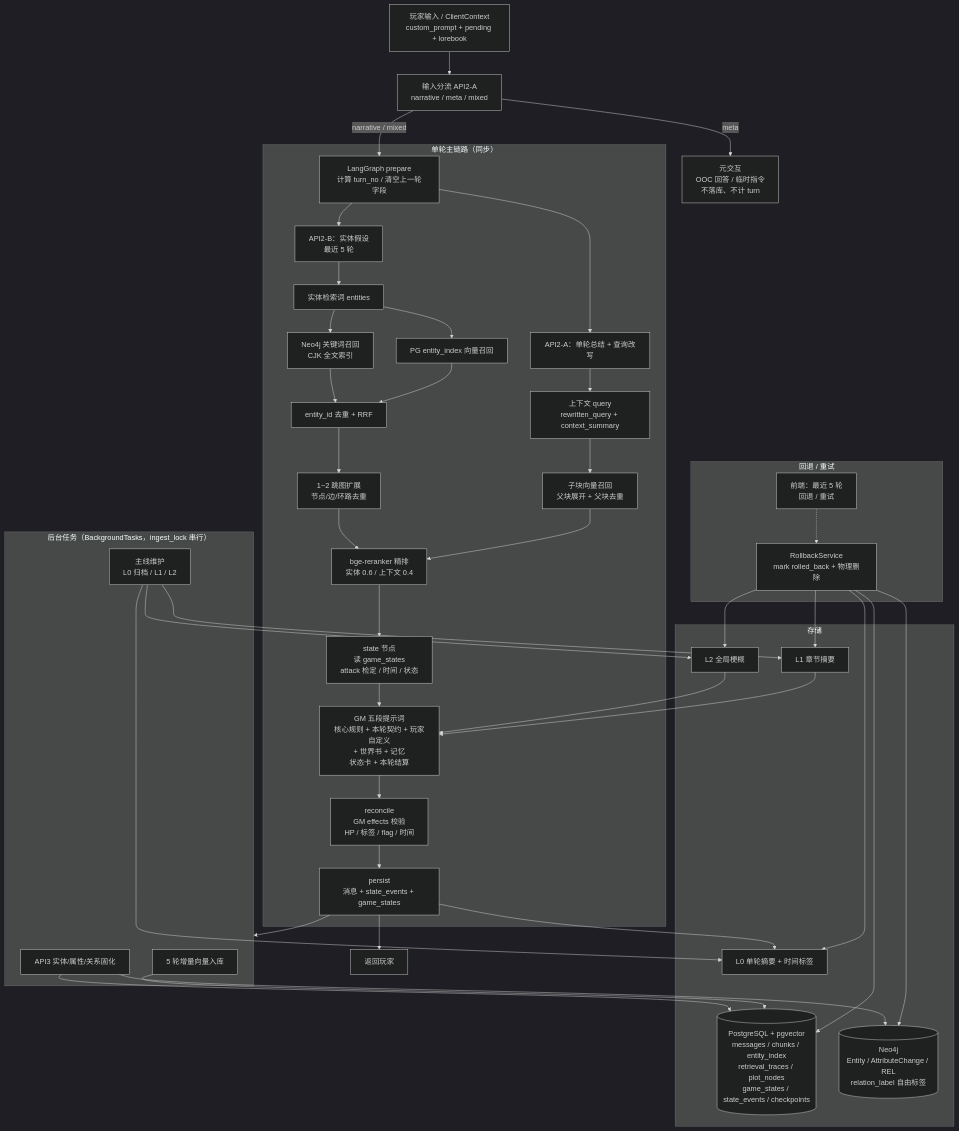
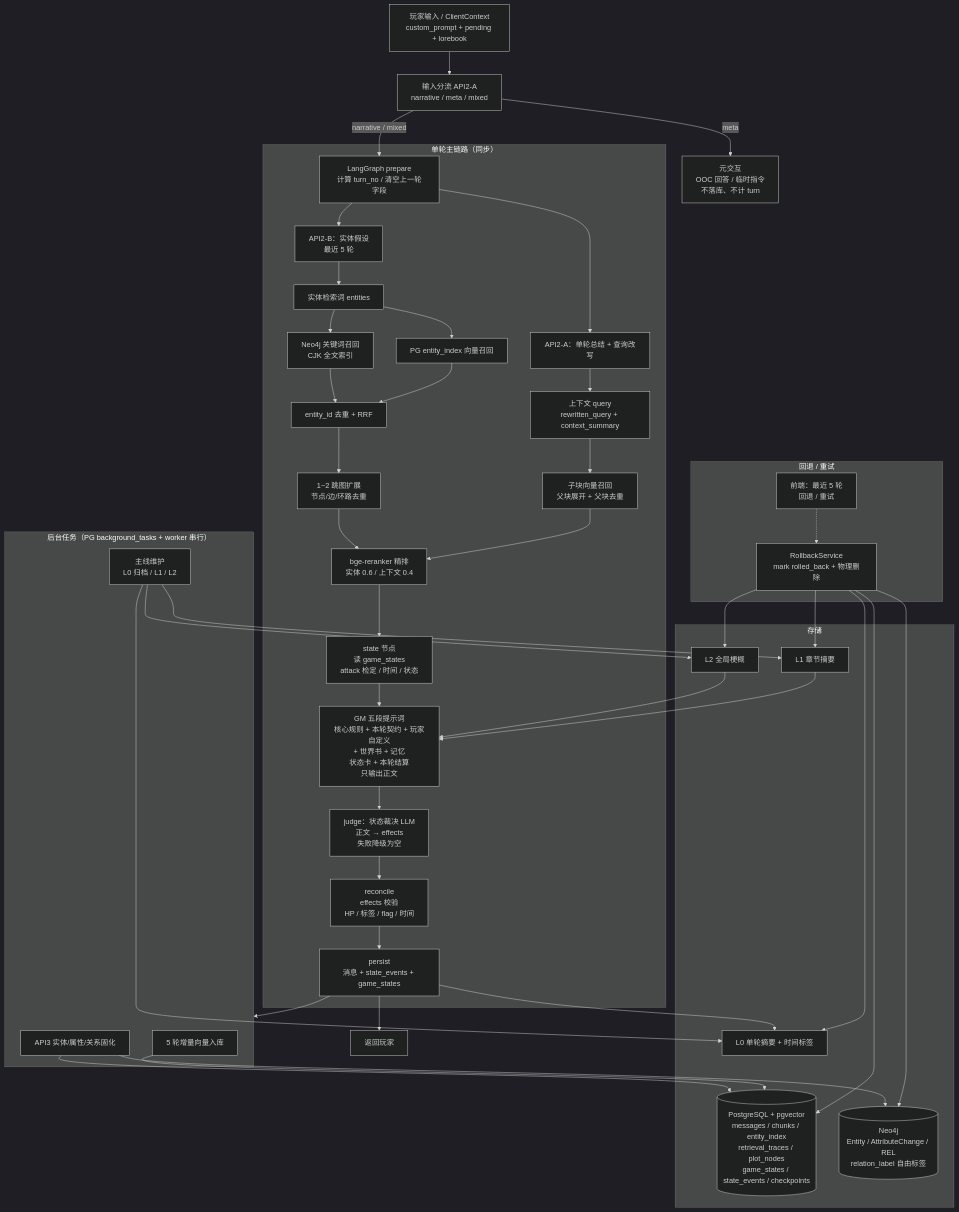
One commit to hjiaju336-sys/mem_ol changed the first of 3 diagrams in docs/business_logic_flow.md. Above: the diagram before and after it, drawn with Mermaid (dark theme). The commit also changed other lines of this file and 43 other files, not shown here.

Commit message:
Add state judge, entity-bound actors, durable background queue, cross-world tests

````diff
--- a/docs/business_logic_flow.md
+++ b/docs/business_logic_flow.md
@@ -12,65 +12,66 @@
 ```mermaid
 flowchart TD
     U["玩家输入 / ClientContext<br/>custom_prompt + pending + lorebook"] --> CLASSIFY["输入分流 API2-A<br/>narrative / meta / mixed"]
 
     CLASSIFY -- meta --> META["元交互<br/>OOC 回答 / 临时指令<br/>不落库、不计 turn"]
     CLASSIFY -- narrative / mixed --> PREP["LangGraph prepare<br/>计算 turn_no / 清空上一轮字段"]
 
     subgraph TURN["单轮主链路（同步）"]
         PREP --> A2A["API2-A：单轮总结 + 查询改写"]
         PREP --> A2B["API2-B：实体假设<br/>最近 5 轮"]
         A2A --> CTXQ["上下文 query<br/>rewritten_query + context_summary"]
         A2B --> ENTQ["实体检索词 entities"]
         ENTQ --> EK["Neo4j 关键词召回<br/>CJK 全文索引"]
         ENTQ --> EV["PG entity_index 向量召回"]
         EK --> FUSE["entity_id 去重 + RRF"]
         EV --> FUSE
         FUSE --> EXP["1~2 跳图扩展<br/>节点/边/环路去重"]
         CTXQ --> CR["子块向量召回<br/>父块展开 + 父块去重"]
         EXP --> RR["bge-reranker 精排<br/>实体 0.6 / 上下文 0.4"]
         CR --> RR
         RR --> STATE["state 节点<br/>读 game_states<br/>attack 检定 / 时间 / 状态"]
-        STATE --> GM["GM 五段提示词<br/>核心规则 + 本轮契约 + 玩家自定义<br/>+ 世界书 + 记忆<br/>状态卡 + 本轮结算"]
-        GM --> RECON["reconcile<br/>GM effects 校验<br/>HP / 标签 / flag / 时间"]
+        STATE --> GM["GM 五段提示词<br/>核心规则 + 本轮契约 + 玩家自定义<br/>+ 世界书 + 记忆<br/>状态卡 + 本轮结算<br/>只输出正文"]
+        GM --> JUDGE["judge：状态裁决 LLM<br/>正文 → effects<br/>失败降级为空"]
+        JUDGE --> RECON["reconcile<br/>effects 校验<br/>HP / 标签 / flag / 时间"]
         RECON --> PERSIST["persist<br/>消息 + state_events + game_states"]
     end
 
     PERSIST --> REPLY["返回玩家"]
     PERSIST --> BG
 
-    subgraph BG["后台任务（BackgroundTasks，ingest_lock 串行）"]
+    subgraph BG["后台任务（PG background_tasks + worker 串行）"]
         API3["API3 实体/属性/关系固化"]
         ING["5 轮增量向量入库"]
         PLOTM["主线维护<br/>L0 归档 / L1 / L2"]
     end
 
     subgraph STORE["存储"]
         PG[("PostgreSQL + pgvector<br/>messages / chunks / entity_index<br/>retrieval_traces / plot_nodes<br/>game_states / state_events / checkpoints")]
         NEO[("Neo4j<br/>Entity / AttributeChange / REL<br/>relation_label 自由标签")]
         L0["L0 单轮摘要 + 时间标签"]
         L1["L1 章节摘要"]
         L2["L2 全局梗概"]
     end
 
     API3 --> NEO
     API3 --> PG
     ING --> PG
     PERSIST --> L0
     PLOTM --> L0
     PLOTM --> L1
     PLOTM --> L2
     L2 --> GM
     L1 --> GM
 
     subgraph RB["回退 / 重试"]
         UI["前端：最近 5 轮<br/>回退 / 重试"]
         RS["RollbackService<br/>mark rolled_back + 物理删除"]
     end
 
     UI -.-> RS
     RS --> PG
     RS --> NEO
     RS --> L0
     RS --> L1
     RS --> L2
 ```
````
